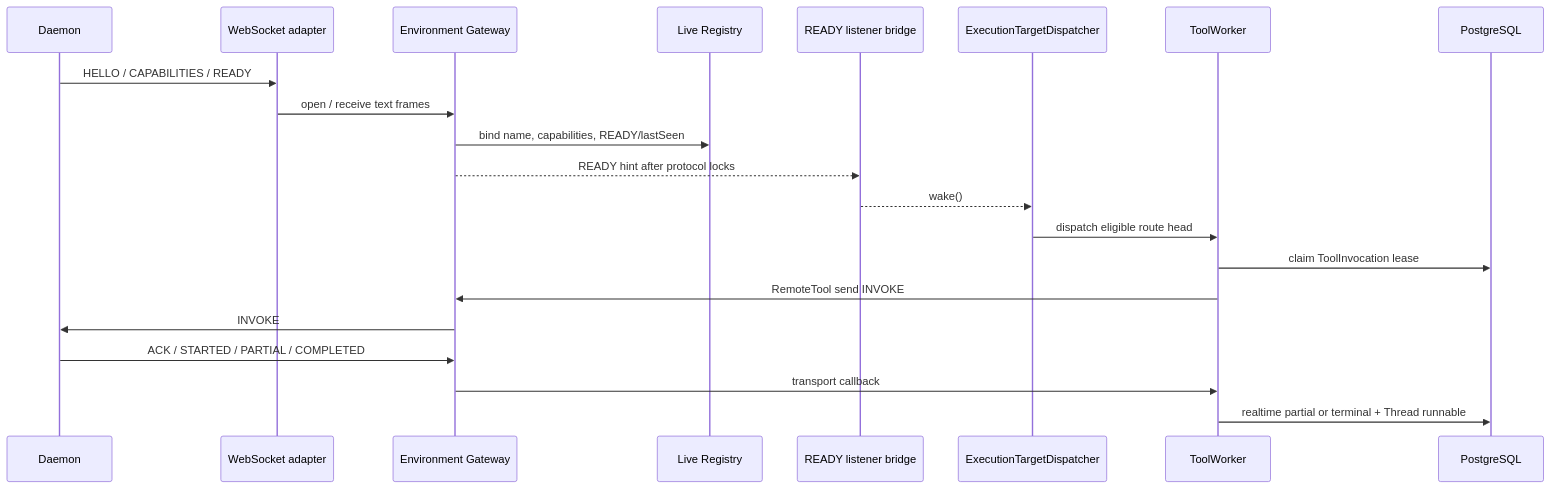
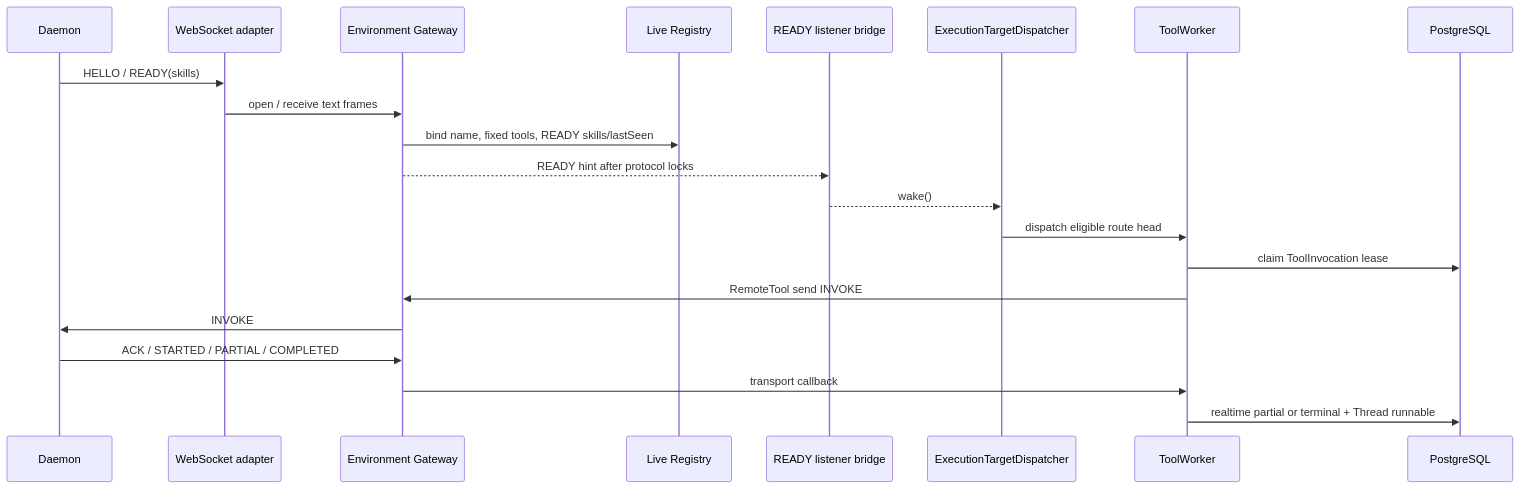
The diagram in docs/technical-solution/environment-daemon-gateway.md (fengwk/kk-studio), drawn with Mermaid before and after one commit. The commit also changed other lines of this file and 14 other files, not shown here.

````diff
--- a/docs/technical-solution/environment-daemon-gateway.md
+++ b/docs/technical-solution/environment-daemon-gateway.md
@@ -75,24 +75,24 @@
 ```mermaid
 sequenceDiagram
     participant D as Daemon
     participant W as WebSocket adapter
     participant G as Environment Gateway
     participant R as Live Registry
     participant L as READY listener bridge
     participant ED as ExecutionTargetDispatcher
     participant TW as ToolWorker
     participant DB as PostgreSQL
 
-    D->>W: HELLO / CAPABILITIES / READY
+    D->>W: HELLO / READY(skills)
     W->>G: open / receive text frames
-    G->>R: bind name, capabilities, READY/lastSeen
+    G->>R: bind name, fixed tools, READY skills/lastSeen
     G-->>L: READY hint after protocol locks
     L-->>ED: wake()
     ED->>TW: dispatch eligible route head
     TW->>DB: claim ToolInvocation lease
     TW->>G: RemoteTool send INVOKE
     G->>D: INVOKE
     D->>G: ACK / STARTED / PARTIAL / COMPLETED
     G->>TW: transport callback
     TW->>DB: realtime partial or terminal + Thread runnable
 ```
````
